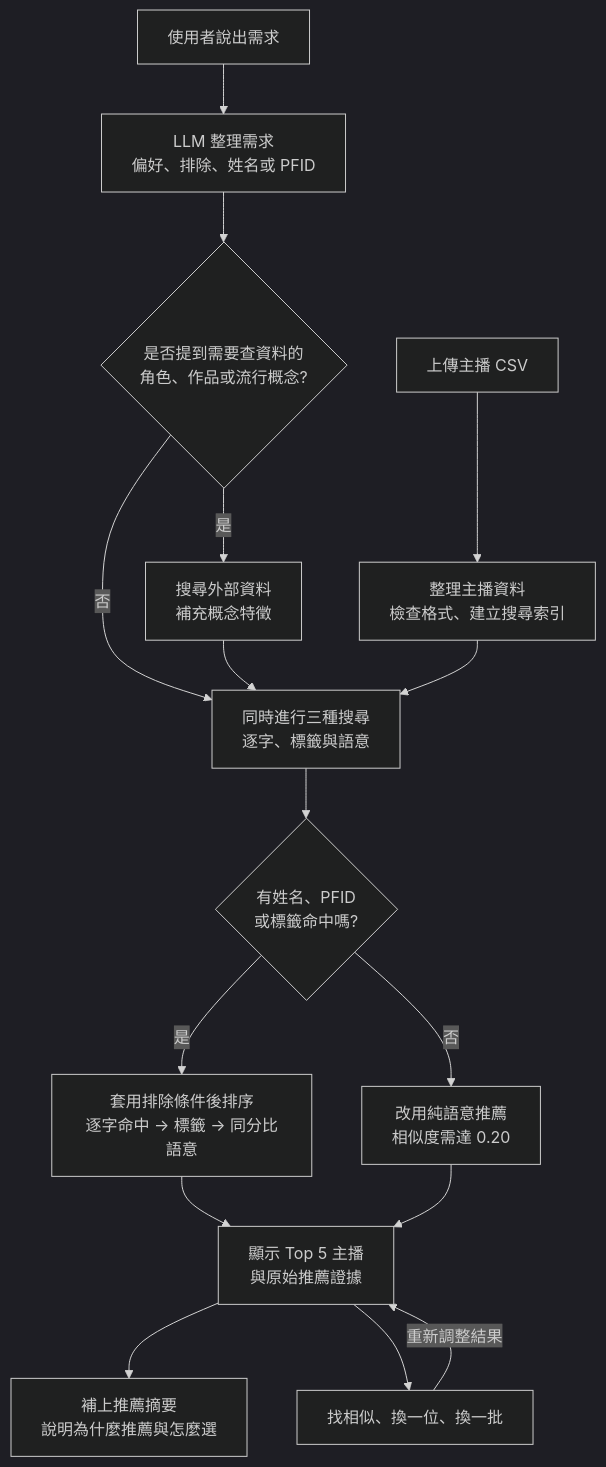
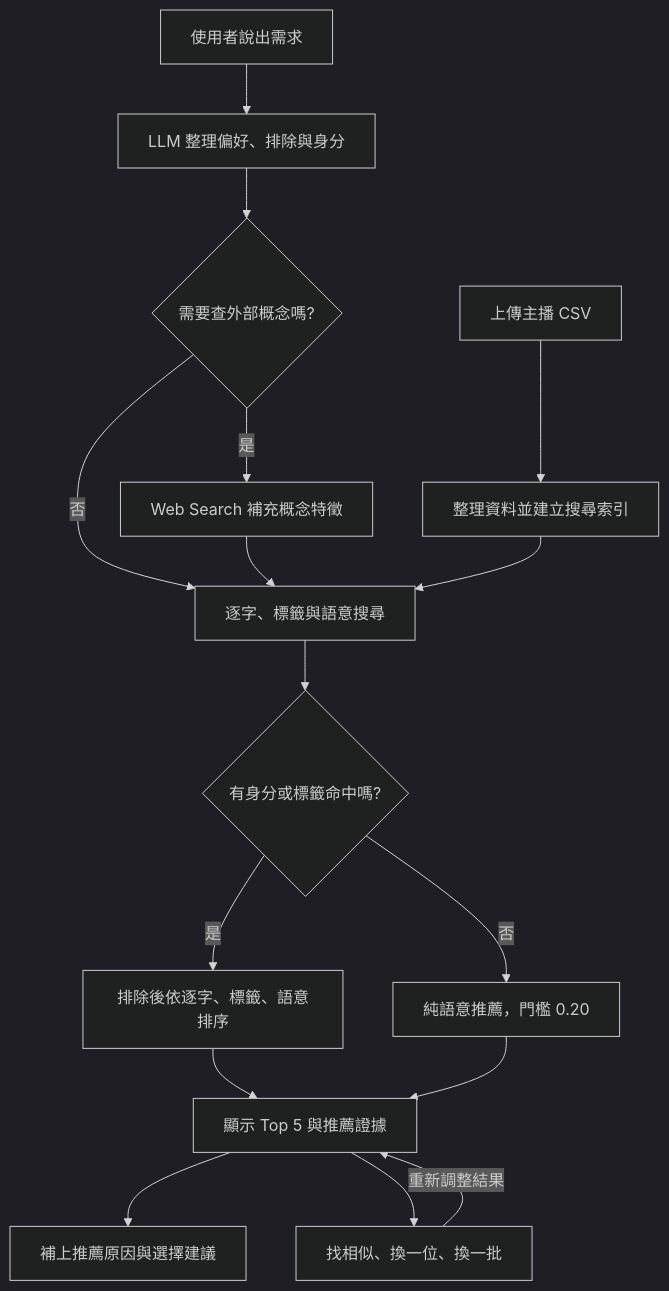
Before and after one commit to zzzpatr/streamer_recommend: the first of 2 diagrams in README.md, drawn with Mermaid (dark theme).

````diff
--- a/README.md
+++ b/README.md
@@ -46,18 +46,18 @@
 ```mermaid
 flowchart TD
-    CSV[上傳主播 CSV] --> PREP[整理主播資料<br/>檢查格式、建立搜尋索引]
-    INPUT[使用者說出需求] --> STATE[LLM 整理需求<br/>偏好、排除、姓名或 PFID]
-    STATE --> WEB{是否提到需要查資料的<br/>角色、作品或流行概念?}
-    WEB -- 是 --> EXPAND[搜尋外部資料<br/>補充概念特徵]
-    WEB -- 否 --> RETRIEVE[同時進行三種搜尋<br/>逐字、標籤與語意]
+    CSV[上傳主播 CSV] --> PREP[整理資料並建立搜尋索引]
+    INPUT[使用者說出需求] --> STATE[LLM 整理偏好、排除與身分]
+    STATE --> WEB{需要查外部概念嗎?}
+    WEB -- 是 --> EXPAND[Web Search 補充概念特徵]
+    WEB -- 否 --> RETRIEVE[逐字、標籤與語意搜尋]
     EXPAND --> RETRIEVE
     PREP --> RETRIEVE
-    RETRIEVE --> CANDIDATE{有姓名、PFID<br/>或標籤命中嗎?}
-    CANDIDATE -- 是 --> RANK[套用排除條件後排序<br/>逐字命中 → 標籤 → 同分比語意]
-    CANDIDATE -- 否 --> SEMANTIC[改用純語意推薦<br/>相似度需達 0.20]
-    RANK --> TOP[顯示 Top 5 主播<br/>與原始推薦證據]
+    RETRIEVE --> CANDIDATE{有身分或標籤命中嗎?}
+    CANDIDATE -- 是 --> RANK[排除後依逐字、標籤、語意排序]
+    CANDIDATE -- 否 --> SEMANTIC[純語意推薦，門檻 0.20]
+    RANK --> TOP[顯示 Top 5 與推薦證據]
     SEMANTIC --> TOP
-    TOP --> SUMMARY[補上推薦摘要<br/>說明為什麼推薦與怎麼選]
+    TOP --> SUMMARY[補上推薦原因與選擇建議]
     TOP --> CONTROL[找相似、換一位、換一批]
     CONTROL -- 重新調整結果 --> TOP
 ```
````
